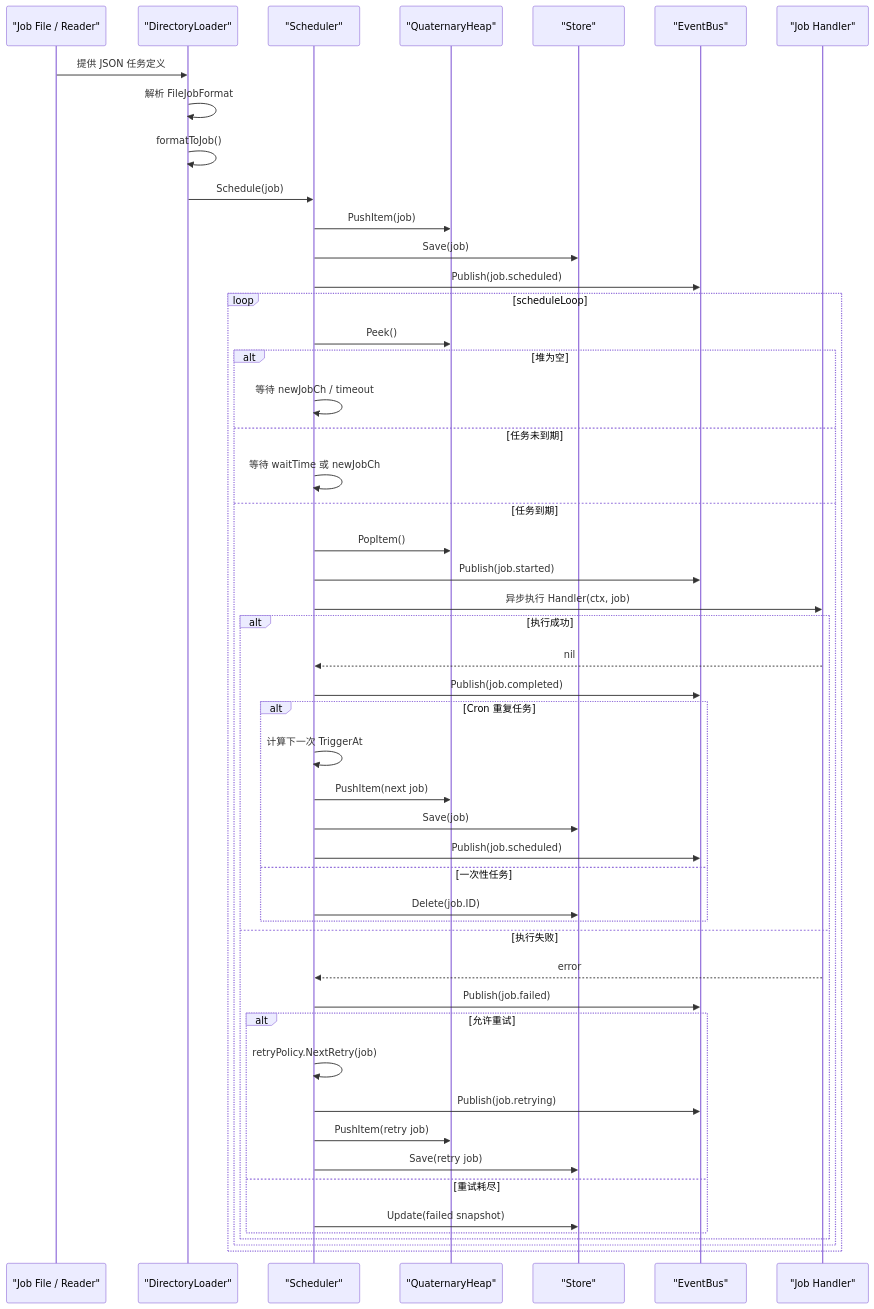
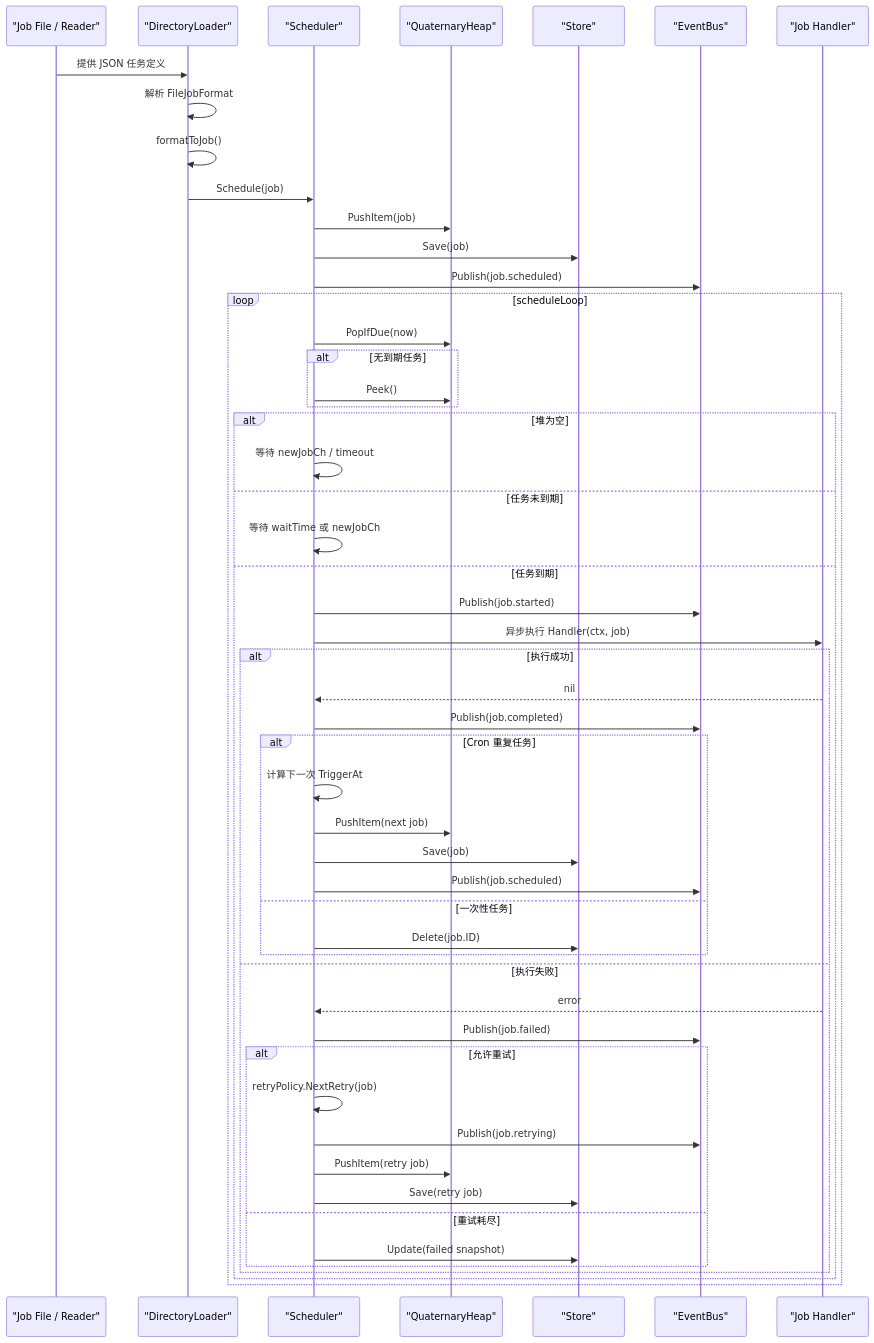
The first of 2 diagrams in docs/core-scheduler-heap-event-load-analysis.md (jiujuan/godelayq), drawn with Mermaid before and after one commit. The commit also changed other lines of this file and 4 other files, not shown here.

````diff
--- a/docs/core-scheduler-heap-event-load-analysis.md
+++ b/docs/core-scheduler-heap-event-load-analysis.md
@@ -74,54 +84,56 @@
 ```mermaid
 sequenceDiagram
     participant File as "Job File / Reader"
     participant Loader as "DirectoryLoader"
     participant Scheduler as "Scheduler"
     participant Heap as "QuaternaryHeap"
     participant Store as "Store"
     participant EventBus as "EventBus"
     participant Handler as "Job Handler"
 
     File->>Loader: 提供 JSON 任务定义
     Loader->>Loader: 解析 FileJobFormat
     Loader->>Loader: formatToJob()
     Loader->>Scheduler: Schedule(job)
     Scheduler->>Heap: PushItem(job)
     Scheduler->>Store: Save(job)
     Scheduler->>EventBus: Publish(job.scheduled)
 
     loop scheduleLoop
-        Scheduler->>Heap: Peek()
+        Scheduler->>Heap: PopIfDue(now)
+        alt 无到期任务
+            Scheduler->>Heap: Peek()
+        end
         alt 堆为空
             Scheduler->>Scheduler: 等待 newJobCh / timeout
         else 任务未到期
             Scheduler->>Scheduler: 等待 waitTime 或 newJobCh
         else 任务到期
-            Scheduler->>Heap: PopItem()
             Scheduler->>EventBus: Publish(job.started)
             Scheduler->>Handler: 异步执行 Handler(ctx, job)
             alt 执行成功
                 Handler-->>Scheduler: nil
                 Scheduler->>EventBus: Publish(job.completed)
                 alt Cron 重复任务
                     Scheduler->>Scheduler: 计算下一次 TriggerAt
                     Scheduler->>Heap: PushItem(next job)
                     Scheduler->>Store: Save(job)
                     Scheduler->>EventBus: Publish(job.scheduled)
                 else 一次性任务
                     Scheduler->>Store: Delete(job.ID)
                 end
             else 执行失败
                 Handler-->>Scheduler: error
                 Scheduler->>EventBus: Publish(job.failed)
                 alt 允许重试
                     Scheduler->>Scheduler: retryPolicy.NextRetry(job)
                     Scheduler->>EventBus: Publish(job.retrying)
                     Scheduler->>Heap: PushItem(retry job)
                     Scheduler->>Store: Save(retry job)
                 else 重试耗尽
                     Scheduler->>Store: Update(failed snapshot)
                 end
             end
         end
     end
 ```
````
